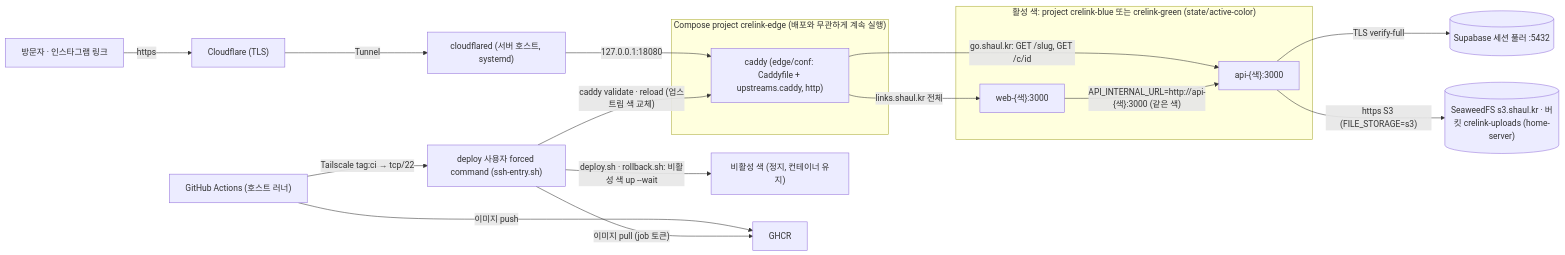
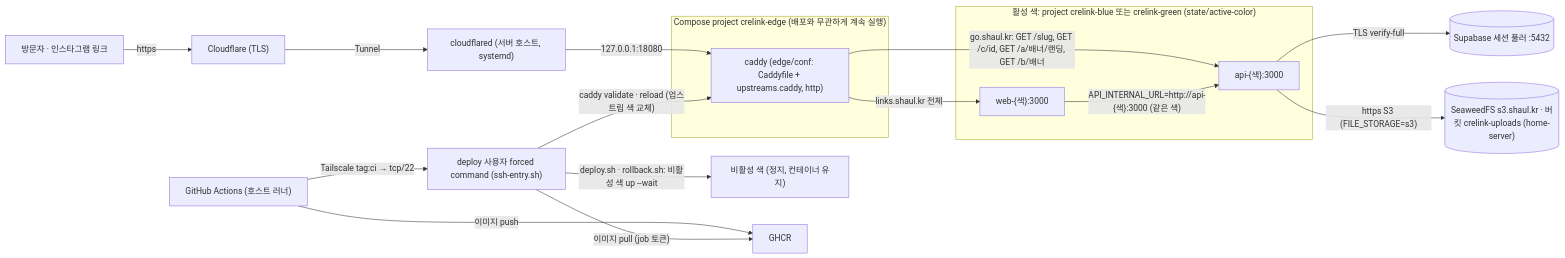
One commit to ai-worker-lab/crelink changed the diagram in docs/specs/crelink-prod-deploy.md. Above: the diagram before and after it, drawn with Mermaid. The commit also changed other lines of this file and 116 other files, not shown here.

````diff
--- a/docs/specs/crelink-prod-deploy.md
+++ b/docs/specs/crelink-prod-deploy.md
@@ -12,24 +12,24 @@
 ```mermaid
 flowchart LR
   V["방문자 · 인스타그램 링크"] -->|https| CF["Cloudflare (TLS)"]
   CF -->|Tunnel| CFD["cloudflared (서버 호스트, systemd)"]
   CFD -->|"127.0.0.1:18080"| C
   subgraph EG["Compose project crelink-edge (배포와 무관하게 계속 실행)"]
     C["caddy (edge/conf: Caddyfile + upstreams.caddy, http)"]
   end
   subgraph ACT["활성 색: project crelink-blue 또는 crelink-green (state/active-color)"]
     A["api-{색}:3000"]
     W["web-{색}:3000"]
   end
   IDLE["비활성 색 (정지, 컨테이너 유지)"]
-  C -->|"go.shaul.kr: GET /slug, GET /c/id"| A
+  C -->|"go.shaul.kr: GET /slug, GET /c/id, GET /a/배너/랜딩, GET /b/배너"| A
   C -->|"links.shaul.kr 전체"| W
   W -->|"API_INTERNAL_URL=http://api-{색}:3000 (같은 색)"| A
   A -->|"TLS verify-full"| DB[("Supabase 세션 풀러 :5432")]
   A -->|"https S3 (FILE_STORAGE=s3)"| S3[("SeaweedFS s3.shaul.kr · 버킷 crelink-uploads (home-server)")]
   GHA["GitHub Actions (호스트 러너)"] -->|"Tailscale tag:ci → tcp/22"| E["deploy 사용자 forced command (ssh-entry.sh)"]
   E -->|"deploy.sh · rollback.sh: 비활성 색 up --wait"| IDLE
   E -->|"caddy validate · reload (업스트림 색 교체)"| C
   GHA -->|"이미지 push"| R["GHCR"]
   E -->|"이미지 pull (job 토큰)"| R
 ```
````
